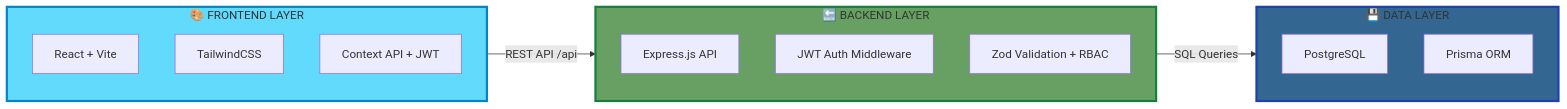
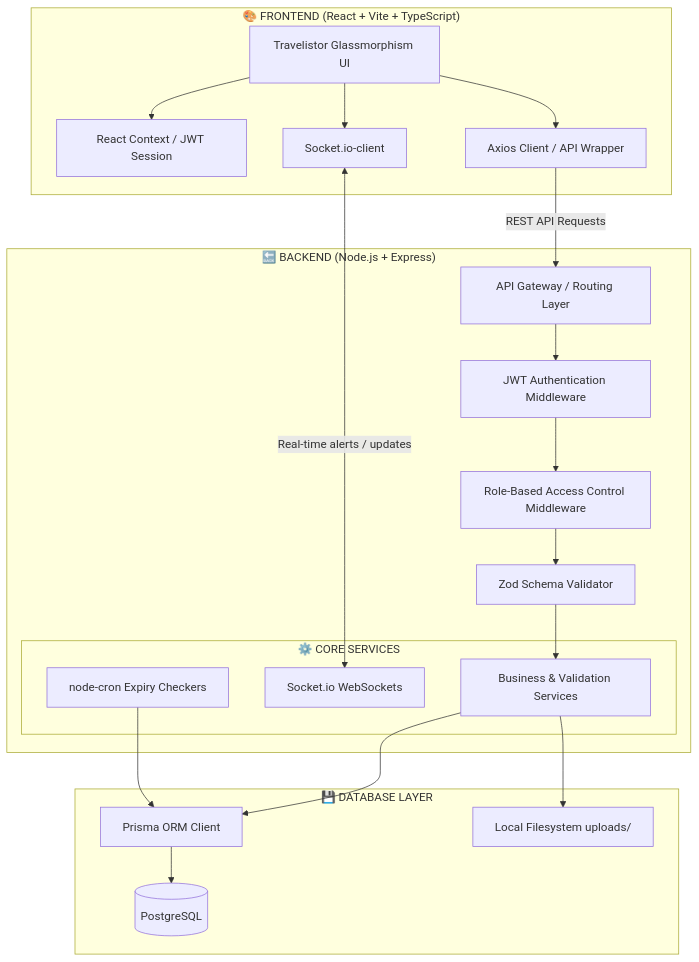
One commit to snehadpatel/TransitOps changed the diagram in README.md. Above: the diagram before and after it, drawn with Mermaid. The commit also changed other lines of this file, not shown here.

````diff
--- a/README.md
+++ b/README.md
@@ -105,26 +64,45 @@
 ```mermaid
-graph LR
-    subgraph Frontend["🎨 FRONTEND LAYER"]
-        A[React + Vite]
-        B[TailwindCSS]
-        C[Context API + JWT]
+graph TD
+    subgraph Client ["🎨 FRONTEND (React + Vite + TypeScript)"]
+        UI[Travelistor Glassmorphism UI]
+        State[React Context / JWT Session]
+        API_Client[Axios Client / API Wrapper]
+        WS_Client[Socket.io-client]
     end
+
+    subgraph Server ["🔙 BACKEND (Node.js + Express)"]
+        Routes[API Gateway / Routing Layer]
+        Auth_Mid[JWT Authentication Middleware]
+        RBAC_Mid[Role-Based Access Control Middleware]
+        Zod_Mid[Zod Schema Validator]
+        
+        subgraph Engine ["⚙️ CORE SERVICES"]
+            Logic[Business & Validation Services]
+            Socket_Server[Socket.io WebSockets]
+            Cron[node-cron Expiry Checkers]
+        end
+    end
+
+    subgraph Storage ["💾 DATABASE LAYER"]
+        ORM[Prisma ORM Client]
+        DB[(PostgreSQL)]
+        Uploads[Local Filesystem uploads/]
+    end
+
+    UI --> State
+    UI --> API_Client
+    UI --> WS_Client
     
-    subgraph Backend["🔙 BACKEND LAYER"]
-        F[Express.js API]
-        G[JWT Auth Middleware]
-        H[Zod Validation + RBAC]
-    end
+    API_Client -->|REST API Requests| Routes
+    WS_Client <-->|Real-time alerts / updates| Socket_Server
     
-    subgraph Database["💾 DATA LAYER"]
-        K[PostgreSQL]
-        L[Prisma ORM]
-    end
+    Routes --> Auth_Mid
+    Auth_Mid --> RBAC_Mid
+    RBAC_Mid --> Zod_Mid
+    Zod_Mid --> Logic
     
-    Frontend -->|REST API /api| Backend
-    Backend -->|SQL Queries| Database
-    
-    style Frontend fill:#61DAFB,stroke:#0284c7,stroke-width:3px
-    style Backend fill:#68A063,stroke:#15803d,stroke-width:3px
-    style Database fill:#336791,stroke:#1e40af,stroke-width:3px
+    Logic --> ORM
+    Cron --> ORM
+    ORM --> DB
+    Logic --> Uploads
 ```
````
